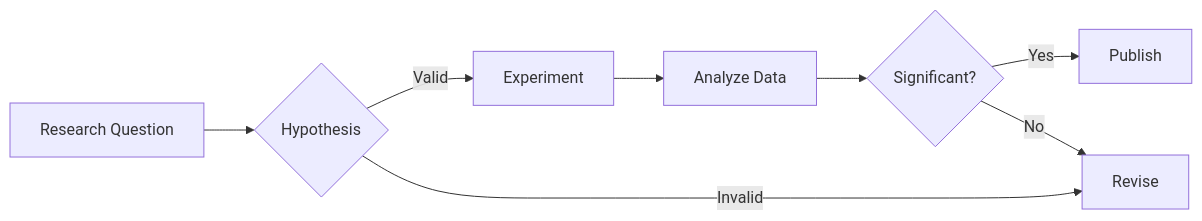
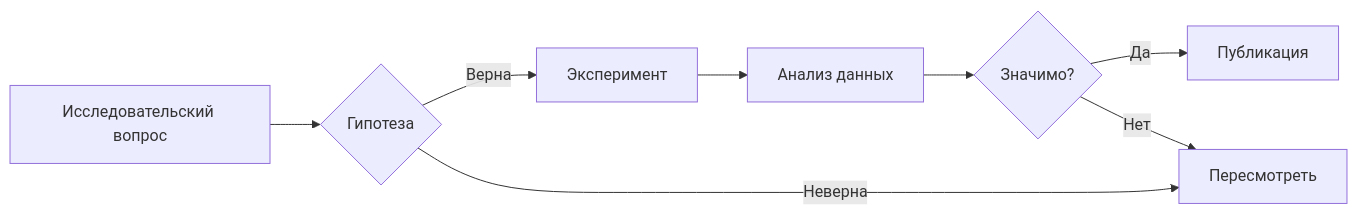
One commit to kvmacyuk/kvmacyuk.github.io changed the diagram in content/ru/slides/example/index.md. Above: the diagram before and after it, drawn with Mermaid. The commit also changed other lines of this file and 13 other files, not shown here.

````diff
--- a/content/ru/slides/example/index.md
+++ b/content/ru/slides/example/index.md
@@ -191,10 +190,10 @@
 ```mermaid
 graph LR
-    A[Research Question] --> B{Hypothesis}
-    B -->|Valid| C[Experiment]
-    B -->|Invalid| D[Revise]
-    C --> E[Analyze Data]
-    E --> F{Significant?}
-    F -->|Yes| G[Publish]
-    F -->|No| D
+    A[Исследовательский вопрос] --> B{Гипотеза}
+    B -->|Верна| C[Эксперимент]
+    B -->|Неверна| D[Пересмотреть]
+    C --> E[Анализ данных]
+    E --> F{Значимо?}
+    F -->|Да| G[Публикация]
+    F -->|Нет| D
 ```
````
